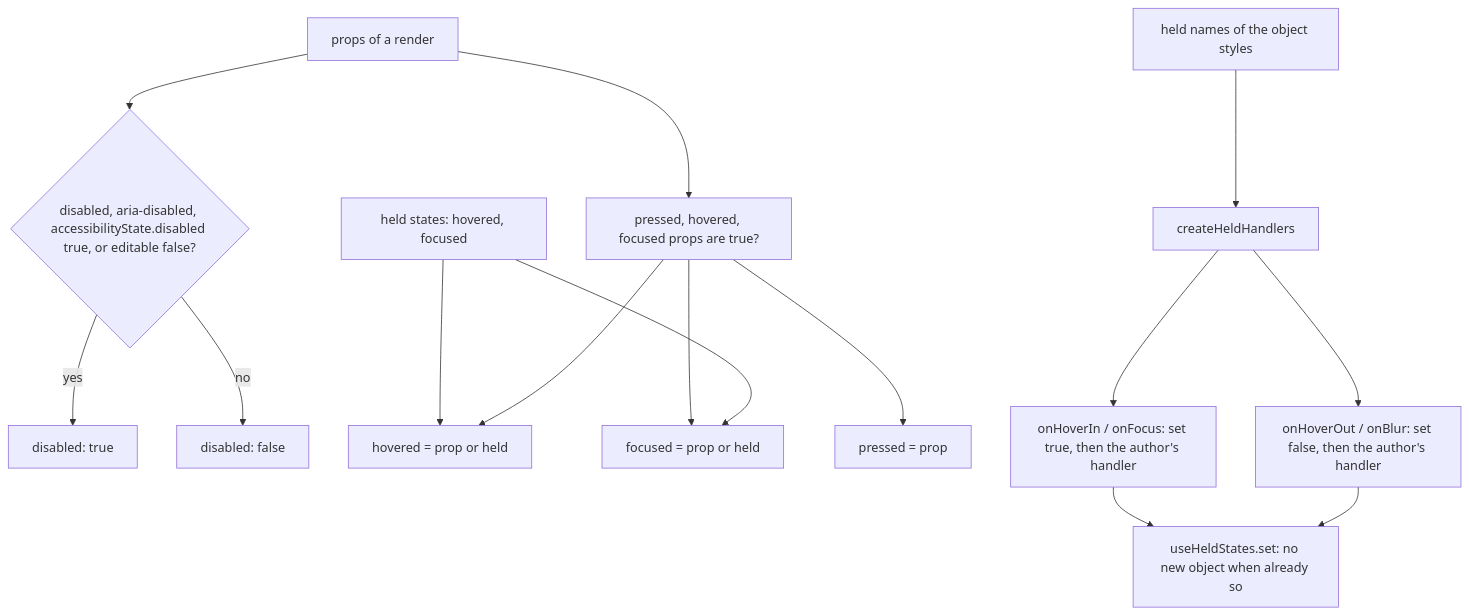
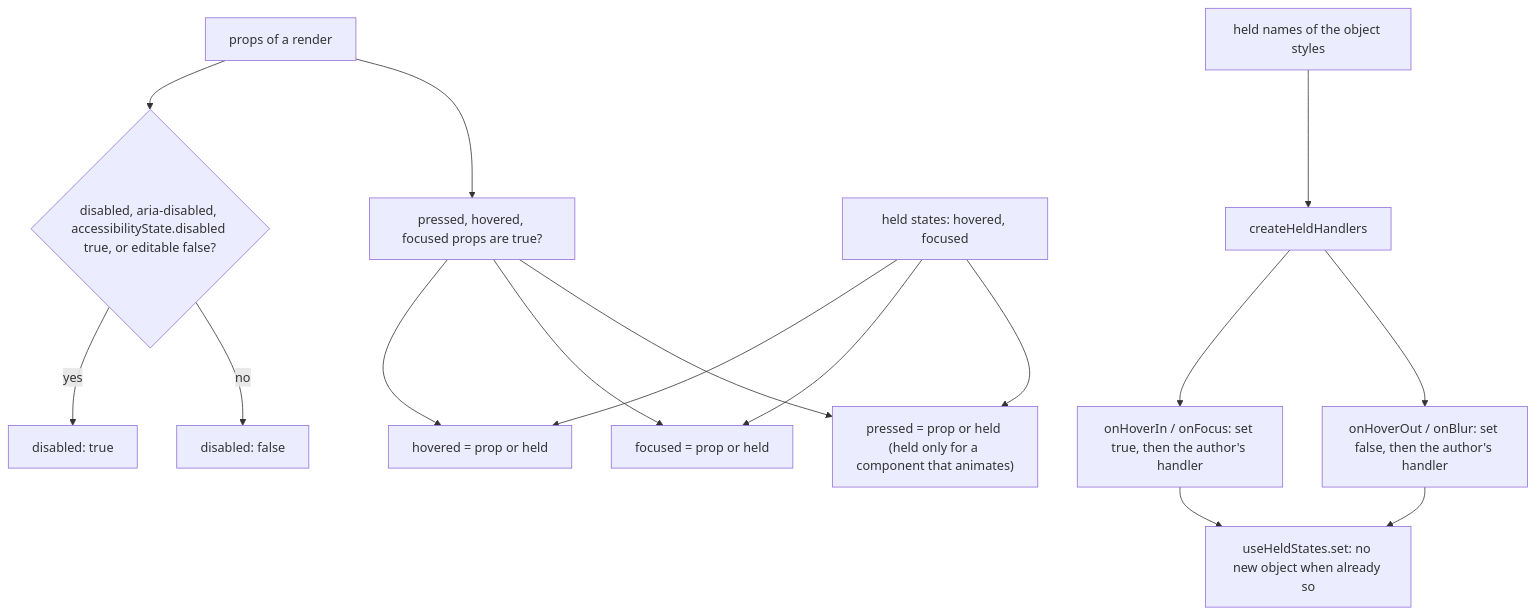
One commit to soroush-tech/umber-style changed the diagram in packages/react-native/src/interaction.md. Above: the diagram before and after it, drawn with Mermaid. The commit also changed other lines of this file and 93 other files, not shown here.

````diff
--- a/packages/react-native/src/interaction.md
+++ b/packages/react-native/src/interaction.md
@@ -21,17 +22,18 @@
 ```mermaid
 flowchart TD
   props["props of a render"] --> dis{"disabled, aria-disabled, accessibilityState.disabled true, or editable false?"}
   dis -->|"yes"| d1["disabled: true"]
   dis -->|"no"| d0["disabled: false"]
   props --> told["pressed, hovered, focused props are true?"]
   heldNode["held states: hovered, focused"] --> or1["hovered = prop or held"]
   told --> or1
   told --> or2["focused = prop or held"]
   heldNode --> or2
-  told --> p1["pressed = prop"]
+  told --> p1["pressed = prop or held (held only for a component that animates)"]
+  heldNode --> p1
   names["held names of the object styles"] --> handlers["createHeldHandlers"]
   handlers --> on["onHoverIn / onFocus: set true, then the author's handler"]
   handlers --> off["onHoverOut / onBlur: set false, then the author's handler"]
   on --> setNode["useHeldStates.set: no new object when already so"]
   off --> setNode
 ```
````
